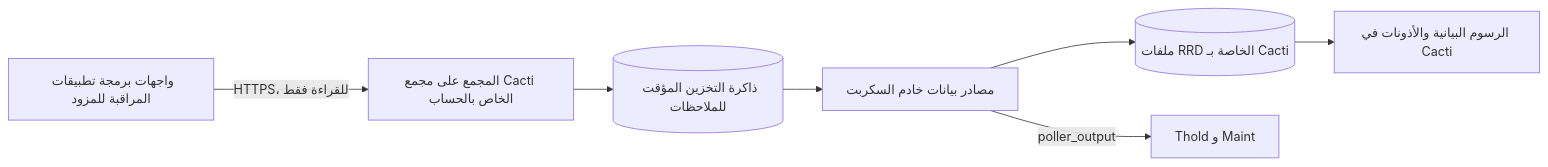
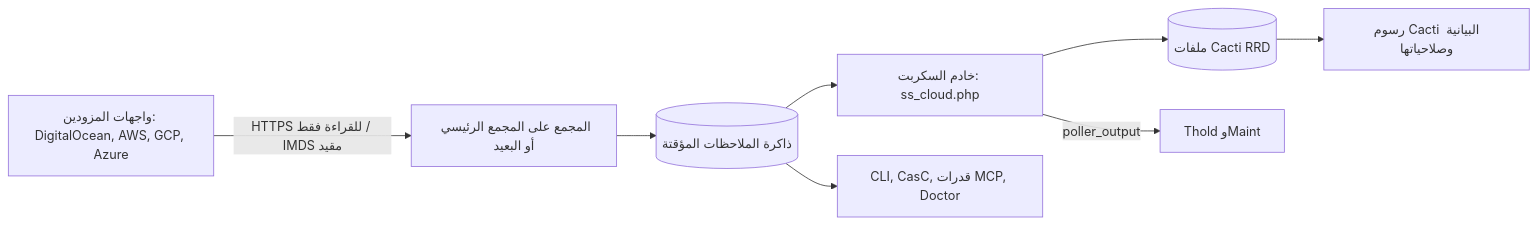
Before and after one commit to somethingwithproof/plugin_cloud: the diagram in docs/i18n/ar-MA/README.md, drawn with Mermaid. The commit also changed other lines of this file and 48 other files, not shown here.

First line of the commit message:
docs(readme): document AWS, GCP, Azure drivers, remote collectors, and ecosystem hooks

````diff
--- a/docs/i18n/ar-MA/README.md
+++ b/docs/i18n/ar-MA/README.md
@@ -110,9 +148,10 @@
 ```mermaid
 flowchart LR
-    API[واجهات برمجة تطبيقات المراقبة للمزود] -->|HTTPS، للقراءة فقط| C[المجمع على مجمع Cacti الخاص بالحساب]
-    C --> O[(ذاكرة التخزين المؤقت للملاحظات)]
-    O --> SS[مصادر بيانات خادم السكربت]
-    SS --> RRD[(ملفات RRD الخاصة بـ Cacti)]
-    SS -->|poller_output| T[Thold و Maint]
-    RRD --> G[الرسوم البيانية والأذونات في Cacti]
+    API["واجهات المزودين: DigitalOcean, AWS, GCP, Azure"] -->|HTTPS للقراءة فقط / IMDS مقيد| C["المجمع على المجمع الرئيسي أو البعيد"]
+    C --> O[(ذاكرة الملاحظات المؤقتة)]
+    O --> SS["خادم السكربت: ss_cloud.php"]
+    SS --> RRD[(ملفات Cacti RRD)]
+    SS -->|poller_output| T[Thold وMaint]
+    RRD --> G[رسوم Cacti البيانية وصلاحياتها]
+    O --> ECO["CLI, CasC, قدرات MCP, Doctor"]
 ```
````
